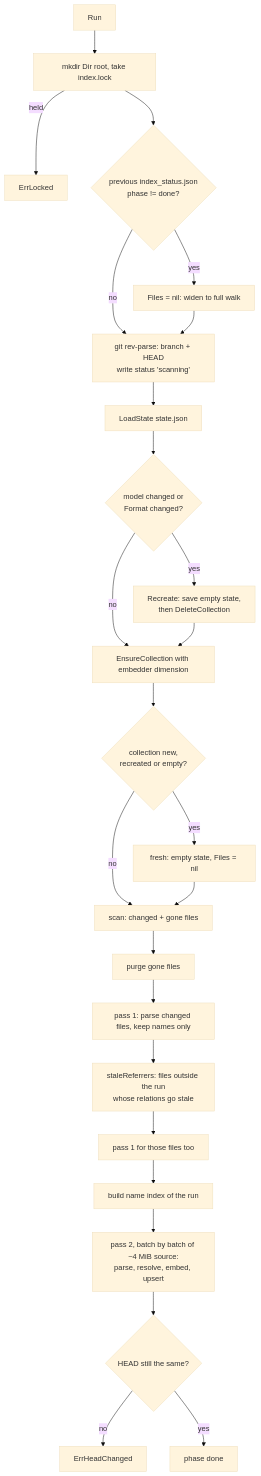
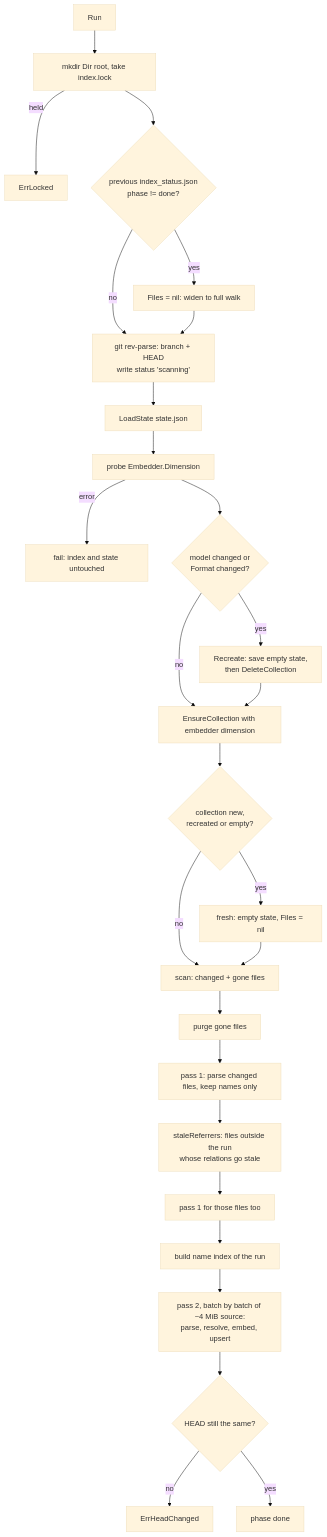
The second of 2 diagrams in v3/index/README.md (doITmagic/rag-code-mcp), drawn with Mermaid (base theme) before and after one commit. The commit also changed other lines of this file and 29 other files, not shown here.

````diff
--- a/v3/index/README.md
+++ b/v3/index/README.md
@@ -207,27 +209,29 @@
 ```mermaid
 flowchart TD
     A[Run] --> B[mkdir Dir root, take index.lock]
     B -->|held| L[ErrLocked]
     B --> C{previous index_status.json<br/>phase != done?}
     C -->|yes| C1[Files = nil: widen to full walk]
     C -->|no| D
     C1 --> D[git rev-parse: branch + HEAD<br/>write status 'scanning']
     D --> E[LoadState state.json]
-    E --> F{model changed or<br/>Format changed?}
+    E --> E1[probe Embedder.Dimension]
+    E1 -->|error| E2[fail: index and state untouched]
+    E1 --> F{model changed or<br/>Format changed?}
     F -->|yes| G[Recreate: save empty state,<br/>then DeleteCollection]
     F -->|no| H
     G --> H[EnsureCollection with embedder dimension]
     H --> I{collection new,<br/>recreated or empty?}
     I -->|yes| I1[fresh: empty state, Files = nil]
     I -->|no| J
     I1 --> J[scan: changed + gone files]
     J --> K[purge gone files]
     K --> M[pass 1: parse changed files, keep names only]
     M --> N[staleReferrers: files outside the run<br/>whose relations go stale]
     N --> N1[pass 1 for those files too]
     N1 --> O[build name index of the run]
     O --> P[pass 2, batch by batch of ~4 MiB source:<br/>parse, resolve, embed, upsert]
     P --> Q{HEAD still the same?}
     Q -->|no| R[ErrHeadChanged]
     Q -->|yes| S[phase done]
 ```
````
